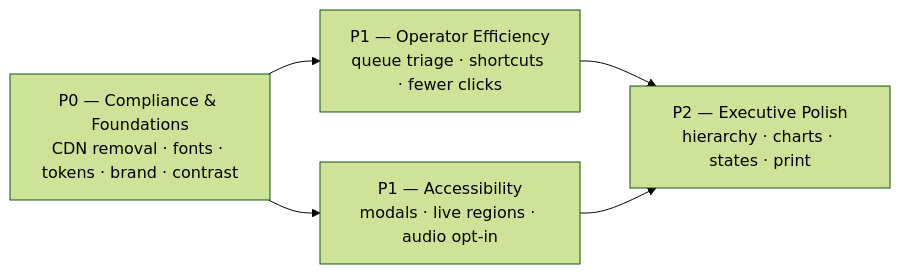
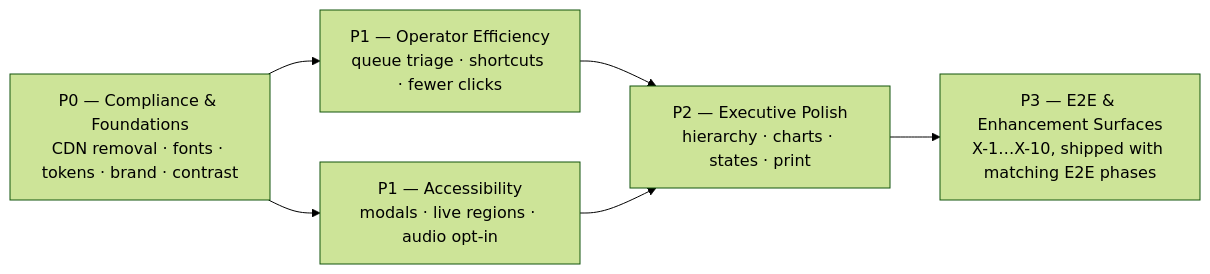
The diagram in docs/improvement-plan/2026-07-20-ui-ux-improvement-plan.md (AndiAlifs/TradeImportDashboard), drawn with Mermaid (forest theme) before and after one commit. The commit also changed other lines of this file and 2 other files, not shown here.

First line of the commit message:
docs: align UI/UX plan with E2E plan (P3 surfaces, phase sync, E2E detail mockup)

````diff
--- a/docs/improvement-plan/2026-07-20-ui-ux-improvement-plan.md
+++ b/docs/improvement-plan/2026-07-20-ui-ux-improvement-plan.md
@@ -144,11 +164,13 @@
 ```mermaid
 flowchart LR
     P0["P0 — Compliance & Foundations\nCDN removal · fonts · tokens · brand · contrast"]
     P1a["P1 — Operator Efficiency\nqueue triage · shortcuts · fewer clicks"]
     P1b["P1 — Accessibility\nmodals · live regions · audio opt-in"]
     P2["P2 — Executive Polish\nhierarchy · charts · states · print"]
+    P3["P3 — E2E & Enhancement Surfaces\nX-1…X-10, shipped with matching E2E phases"]
     P0 --> P1a
     P0 --> P1b
     P1a --> P2
     P1b --> P2
+    P2 --> P3
 ```
````
